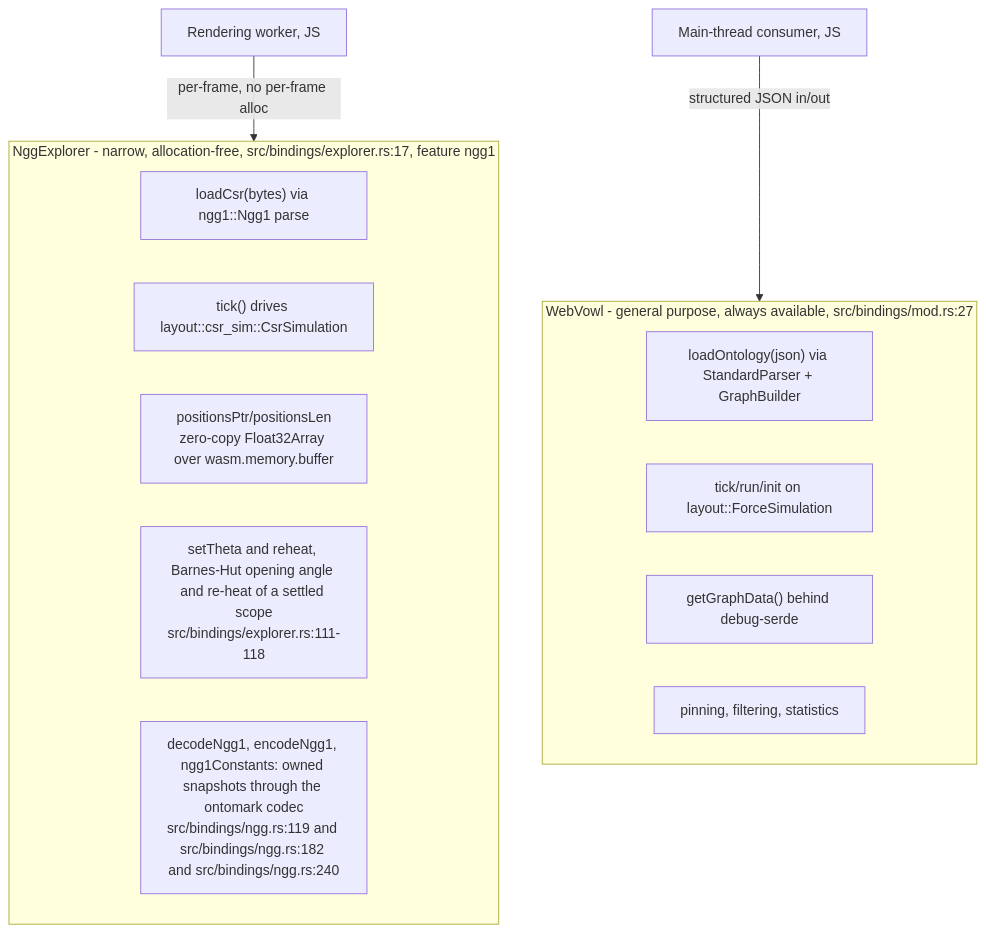
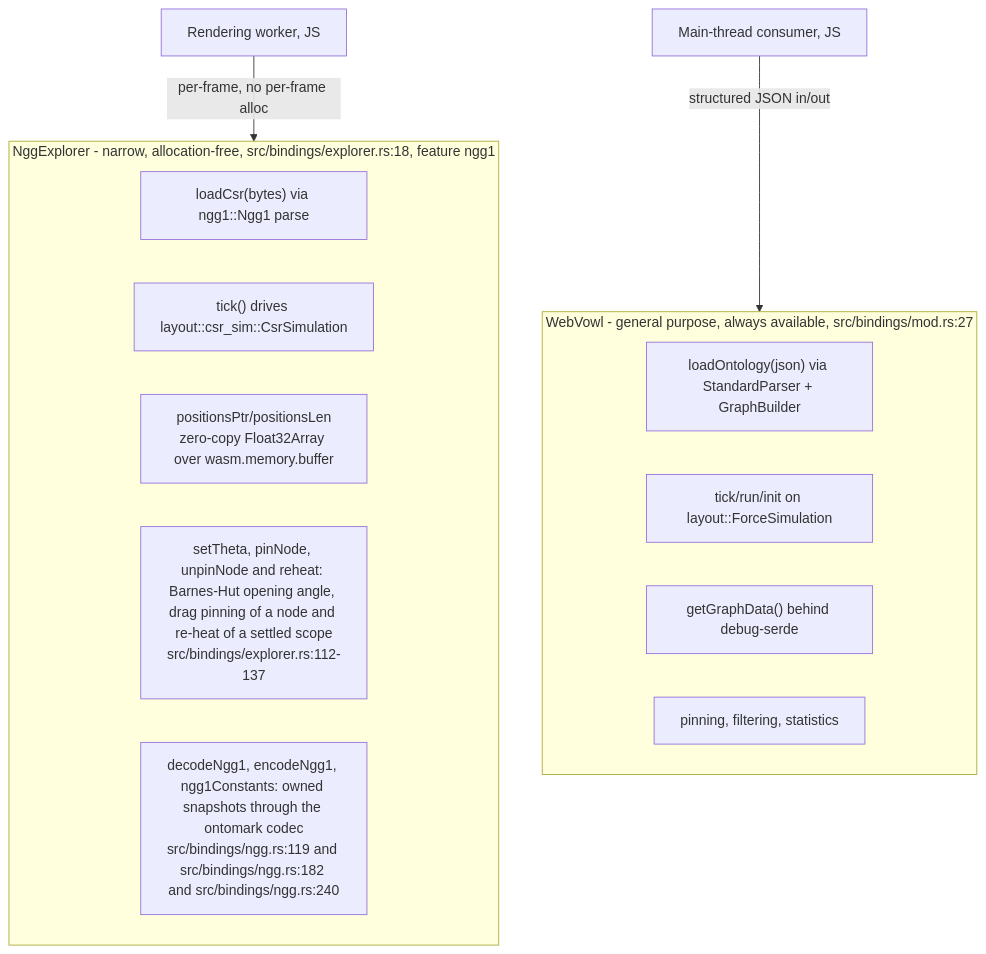
The fifth of 6 diagrams in docs/diagrams/vowl-wasm/01-crate-composition-and-wasm-boundary.md (DreamLab-AI/VisionFlow), drawn with Mermaid before and after one commit. The commit also changed other lines of this file and 151 other files, not shown here.

````diff
--- a/docs/diagrams/vowl-wasm/01-crate-composition-and-wasm-boundary.md
+++ b/docs/diagrams/vowl-wasm/01-crate-composition-and-wasm-boundary.md
@@ -106,18 +106,18 @@
 ```mermaid
 flowchart TB
     subgraph WebVowl["WebVowl - general purpose, always available, src/bindings/mod.rs:27"]
         WV1["loadOntology(json) via StandardParser + GraphBuilder"]
         WV2["tick/run/init on layout::ForceSimulation"]
         WV3["getGraphData() behind debug-serde"]
         WV4["pinning, filtering, statistics"]
     end
-    subgraph NggExplorer["NggExplorer - narrow, allocation-free, src/bindings/explorer.rs:17, feature ngg1"]
+    subgraph NggExplorer["NggExplorer - narrow, allocation-free, src/bindings/explorer.rs:18, feature ngg1"]
         NG1["loadCsr(bytes) via ngg1::Ngg1 parse"]
         NG2["tick() drives layout::csr_sim::CsrSimulation"]
         NG3["positionsPtr/positionsLen<br/>zero-copy Float32Array over wasm.memory.buffer"]
-        NG4["setTheta and reheat, Barnes-Hut opening angle and re-heat of a settled scope<br/>src/bindings/explorer.rs:111-118"]
+        NG4["setTheta, pinNode, unpinNode and reheat: Barnes-Hut opening angle, drag pinning of a node and re-heat of a settled scope<br/>src/bindings/explorer.rs:112-137"]
         NG5["decodeNgg1, encodeNgg1, ngg1Constants: owned snapshots through the ontomark codec<br/>src/bindings/ngg.rs:119 and src/bindings/ngg.rs:182 and src/bindings/ngg.rs:240"]
     end
     Worker["Rendering worker, JS"] -->|"per-frame, no per-frame alloc"| NggExplorer
     MainThread["Main-thread consumer, JS"] -->|"structured JSON in/out"| WebVowl
 ```
````
